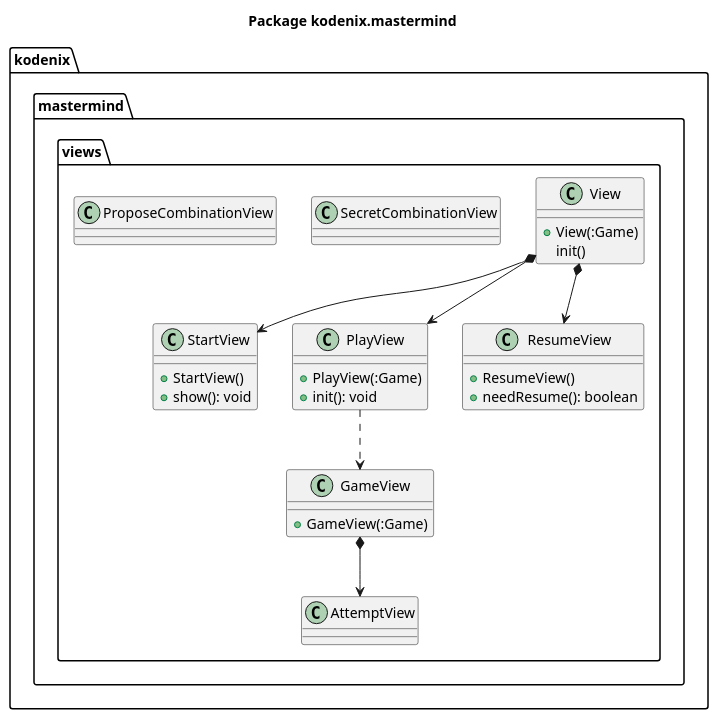
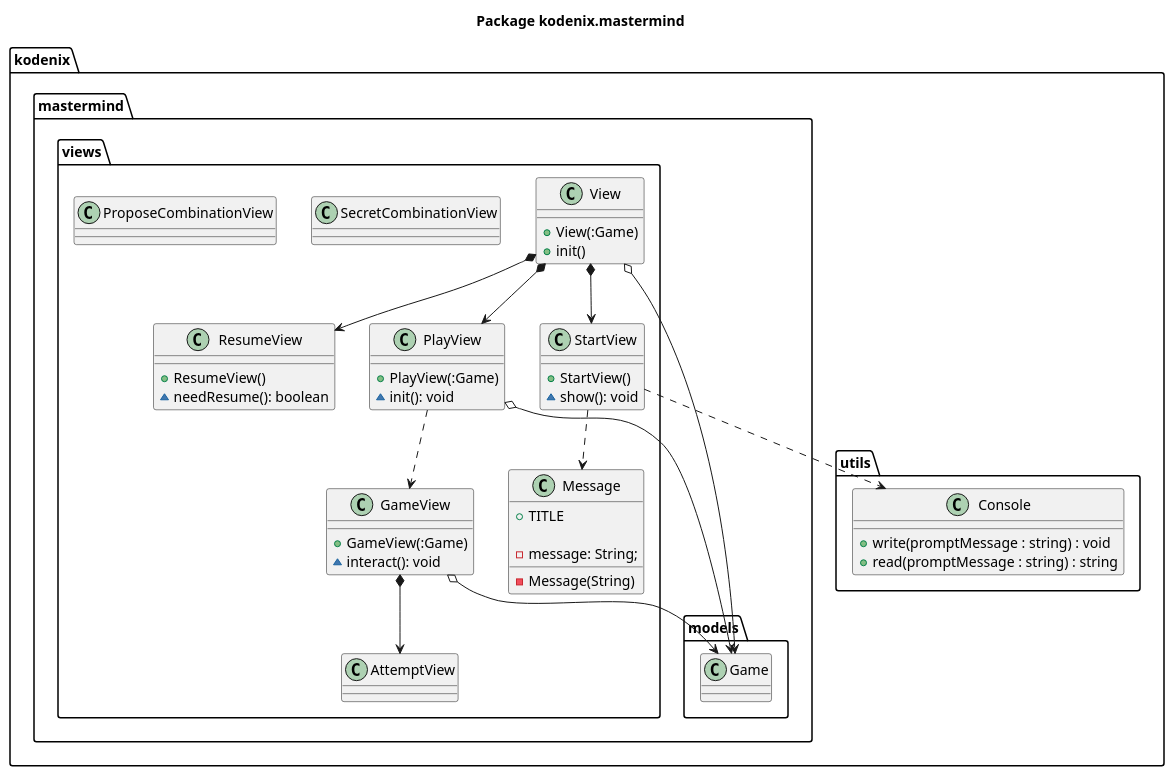
One commit to Master-Desarrollo-20-21/diseno-oo-ejercicio2-mastermind-document-view-kodenix changed the diagram in docs/diagrams/src/paquetes/kodenix.mastermind.views.plantuml. Above: the diagram before and after it, drawn with PlantUML. The commit also changed 16 other files, not shown here.

Commit message:
Avances en el diagrama de vistas

```diff
--- a/docs/diagrams/src/paquetes/kodenix.mastermind.views.plantuml
+++ b/docs/diagrams/src/paquetes/kodenix.mastermind.views.plantuml
@@ -1,40 +1,63 @@
 @startuml package-mastermind
 title Package kodenix.mastermind 
 
 package kodenix.mastermind.views {
     class View {
         +View(:Game)
-        init()
+        +init()
     }
     class StartView {
         +StartView()
-        +show(): void
+        ~show(): void
     }
     class PlayView {
         +PlayView(:Game)
-        +init(): void
+        ~init(): void
     }
     class GameView {
         +GameView(:Game)
+        ~interact(): void
     }
     class ResumeView {
         +ResumeView()
-        +needResume(): boolean
+        ~needResume(): boolean
     }
     class AttemptView {}
     class SecretCombinationView {}
     class ProposeCombinationView {}
+    
+    class Message {
+        +TITLE
 
+        -message: String;
+        -Message(String)
+    }
     
     View *-down-> StartView
     View *-down-> PlayView
     View *-down-> ResumeView
     PlayView .down.> GameView
     GameView *-down-> AttemptView
-    
+    StartView .down.> kodenix.utils.Console
+    StartView .down.> Message
+
+    View o--> kodenix.mastermind.models.Game
+    PlayView o--> kodenix.mastermind.models.Game
+    GameView o--> kodenix.mastermind.models.Game
+}
+
+package kodenix.mastermind.models {
+    class Game {}
+}
+
+package kodenix.utils {
+    class Console {
+        +write(promptMessage : string) : void
+        +read(promptMessage : string) : string
+    }
 }
 
 
 
 
 @enduml
```
